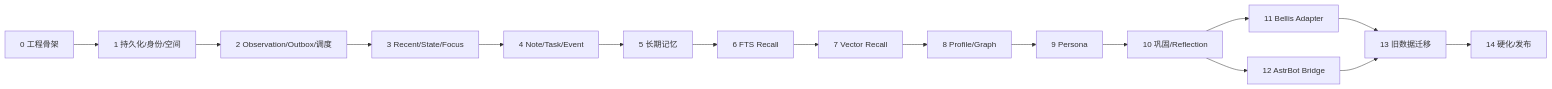
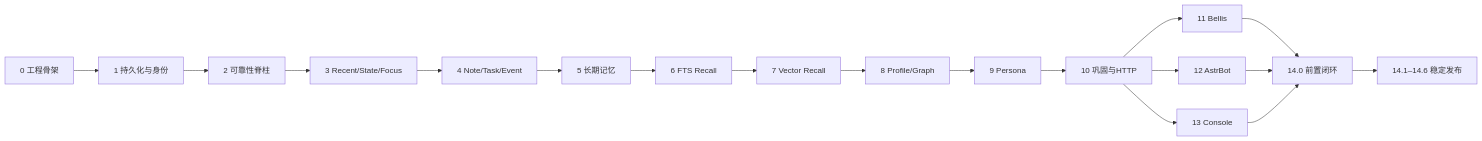
The diagram in docs/development/README.md (AirObject/iris-core), drawn with Mermaid before and after one commit. The commit also changed other lines of this file and 45 other files, not shown here.

````diff
--- a/docs/development/README.md
+++ b/docs/development/README.md
@@ -11,18 +32,20 @@
 ```mermaid
 flowchart LR
-    P0[0 工程骨架] --> P1[1 持久化/身份/空间]
-    P1 --> P2[2 Observation/Outbox/调度]
+    P0[0 工程骨架] --> P1[1 持久化与身份]
+    P1 --> P2[2 可靠性脊柱]
     P2 --> P3[3 Recent/State/Focus]
     P3 --> P4[4 Note/Task/Event]
     P4 --> P5[5 长期记忆]
     P5 --> P6[6 FTS Recall]
     P6 --> P7[7 Vector Recall]
     P7 --> P8[8 Profile/Graph]
     P8 --> P9[9 Persona]
-    P9 --> P10[10 巩固/Reflection]
-    P10 --> P11[11 Bellis Adapter]
-    P10 --> P12[12 AstrBot Bridge]
-    P11 --> P13[13 旧数据迁移]
-    P12 --> P13
-    P13 --> P14[14 硬化/发布]
+    P9 --> P10[10 巩固与HTTP]
+    P10 --> P11[11 Bellis]
+    P10 --> P12[12 AstrBot]
+    P10 --> P13[13 Console]
+    P11 --> G[14.0 前置闭环]
+    P12 --> G
+    P13 --> G
+    G --> R[14.1–14.6 稳定发布]
 ```
````
